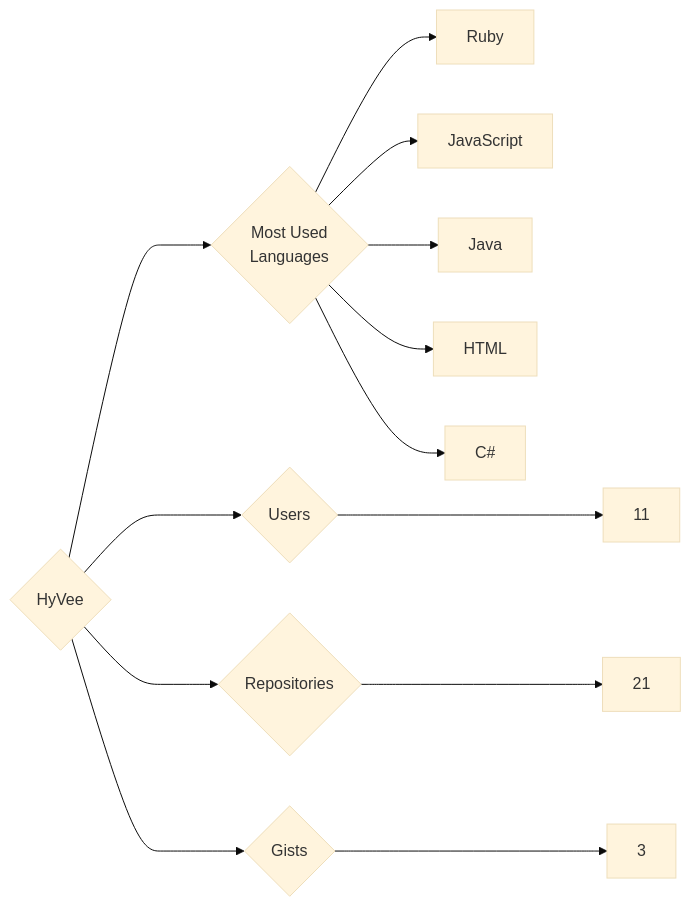
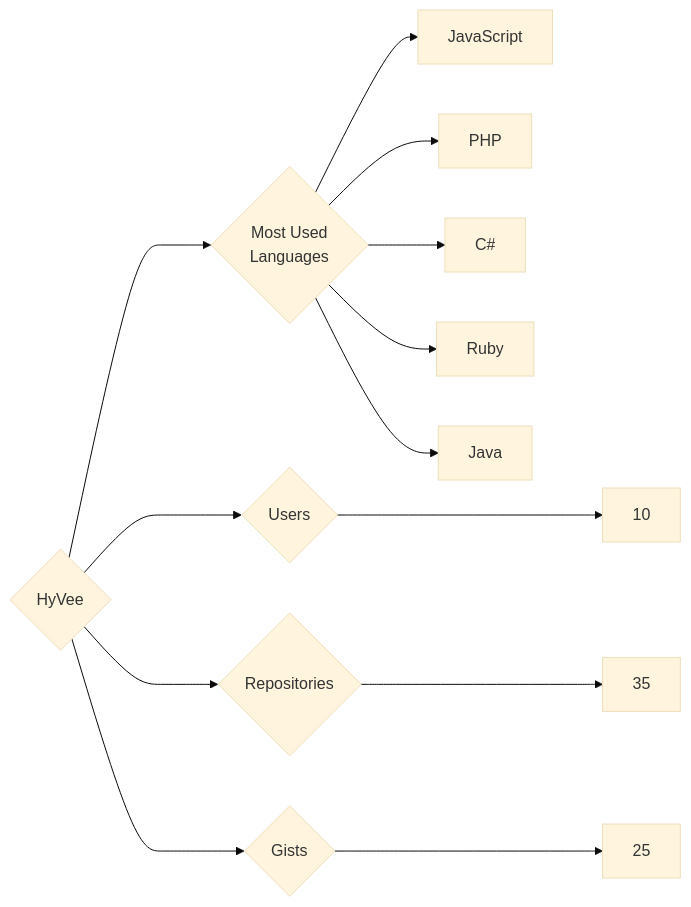
Before and after one commit to trickest/insiders: the diagram in targets/HyVee/README.md, drawn with Mermaid (base theme). The commit also changed 895 other files, not shown here.

````diff
--- a/targets/HyVee/README.md
+++ b/targets/HyVee/README.md
@@ -3,13 +3,13 @@
 ```mermaid
 graph LR
 COMPANY_NAME{HyVee}
-COMPANY_NAME ---> U{Users} ---> UN[11]
-COMPANY_NAME ---> R{Repositories} ---> RN[21]
-COMPANY_NAME ---> G{Gists} ---> GN[3]
+COMPANY_NAME ---> U{Users} ---> UN[10]
+COMPANY_NAME ---> R{Repositories} ---> RN[35]
+COMPANY_NAME ---> G{Gists} ---> GN[25]
 COMPANY_NAME ---> ML{Most Used<br>Languages}
+ML --> JavaScript[JavaScript]
+ML --> PHP[PHP]
+ML --> C#[C#]
 ML --> Ruby[Ruby]
-ML --> JavaScript[JavaScript]
 ML --> Java[Java]
-ML --> HTML[HTML]
-ML --> C#[C#]
 ```
````
